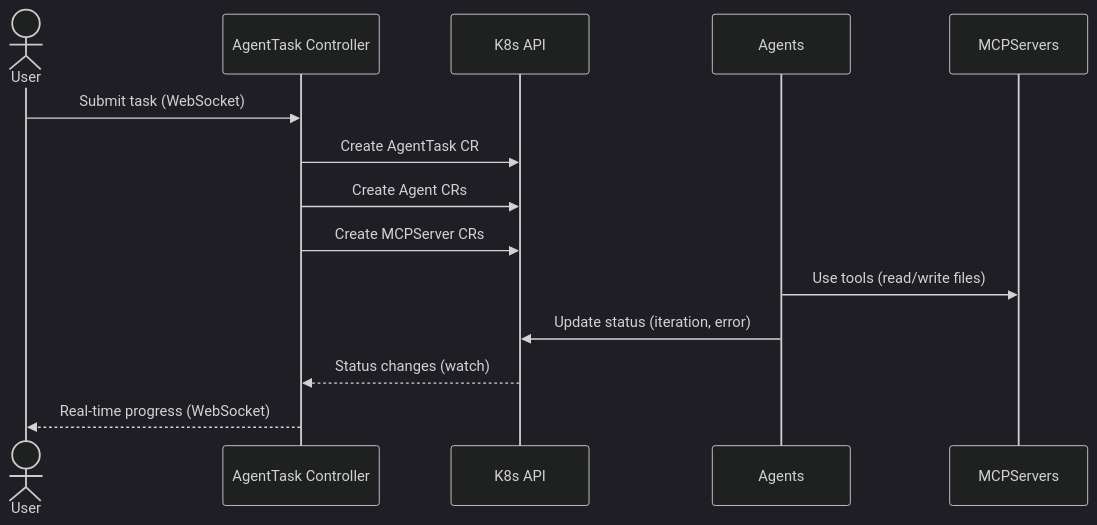
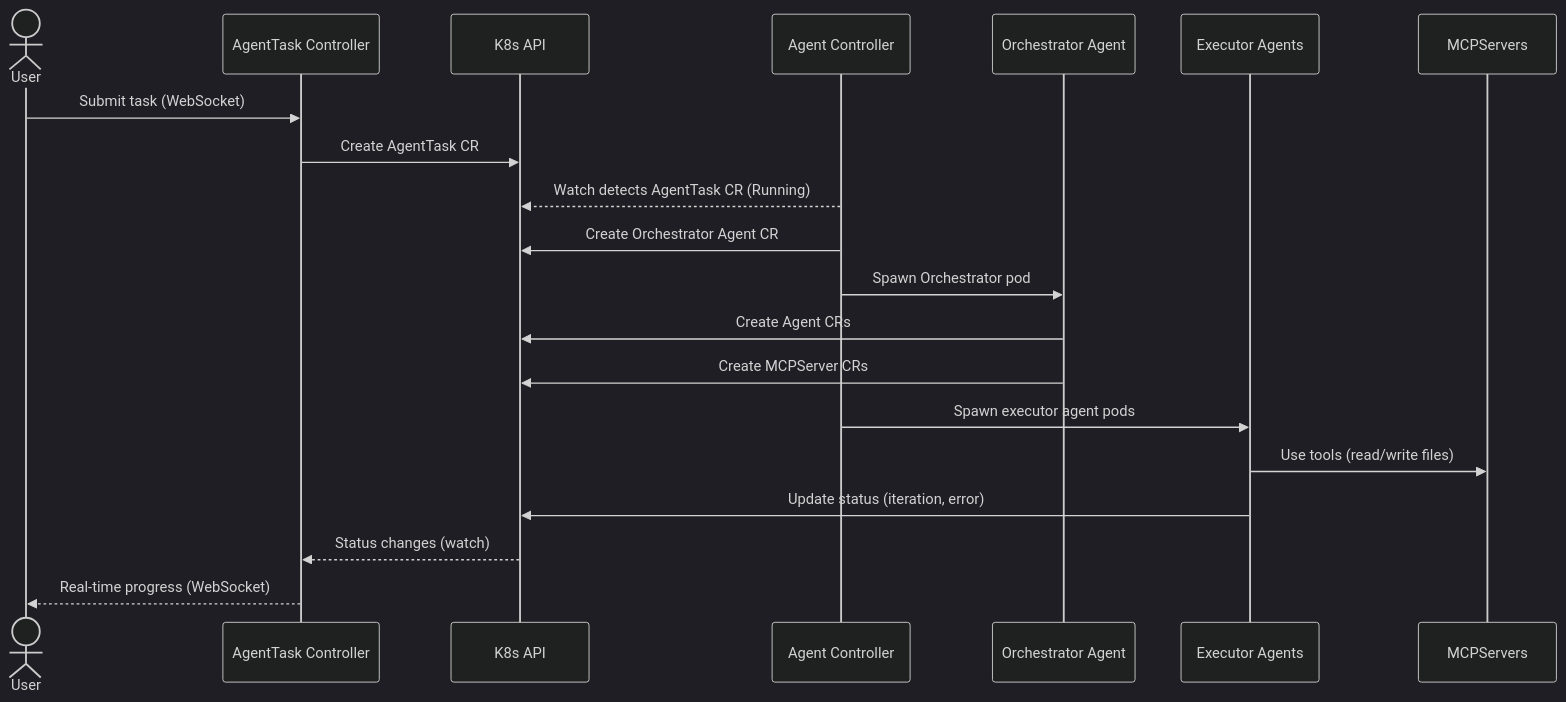
One commit to dshcherbatiuk/forgemaster changed the fifth of 5 diagrams in docs/arch/09-crd-specifications.md. Above: the diagram before and after it, drawn with Mermaid (dark theme). The commit also changed other lines of this file, not shown here.

Commit message:
feat: OHS-0000 Fix Agent/MCPServer CR ownership in CRD specifications
Agent CR created by Agent Controller (Orchestrator) and Orchestrator Agent.
MCPServer CR created by Orchestrator Agent, not AgentTask Controller.

````diff
--- a/docs/arch/09-crd-specifications.md
+++ b/docs/arch/09-crd-specifications.md
@@ -165,17 +165,23 @@
 ```mermaid
 sequenceDiagram
     actor User
     participant ATC as AgentTask Controller
     participant API as K8s API
-    participant AG as Agents
+    participant AGC as Agent Controller
+    participant OA as Orchestrator Agent
+    participant AG as Executor Agents
     participant MCP as MCPServers
 
     User->>ATC: Submit task (WebSocket)
     ATC->>API: Create AgentTask CR
-    ATC->>API: Create Agent CRs
-    ATC->>API: Create MCPServer CRs
+    AGC-->>API: Watch detects AgentTask CR (Running)
+    AGC->>API: Create Orchestrator Agent CR
+    AGC->>OA: Spawn Orchestrator pod
+    OA->>API: Create Agent CRs
+    OA->>API: Create MCPServer CRs
+    AGC->>AG: Spawn executor agent pods
     AG->>MCP: Use tools (read/write files)
     AG->>API: Update status (iteration, error)
     API-->>ATC: Status changes (watch)
     ATC-->>User: Real-time progress (WebSocket)
 ```
````
